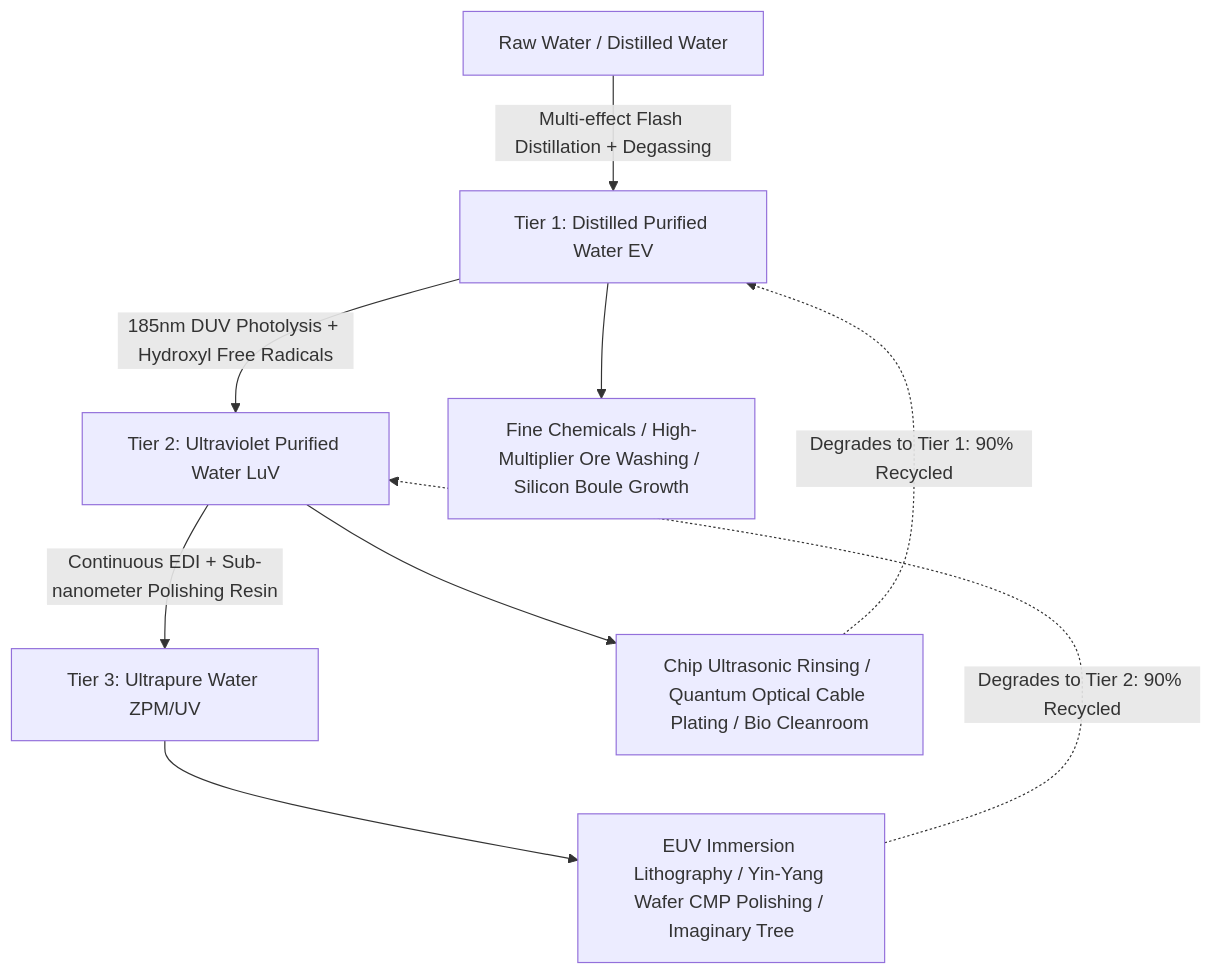
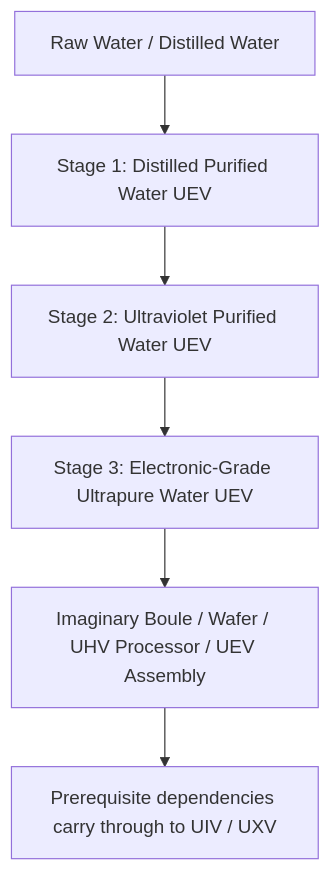
The diagram in docs/en/gtecore/water-purification-system.md (takanashisatou/GregtechEasy-Docs), drawn with Mermaid before and after one commit. The commit also changed other lines of this file and 3 other files, not shown here.

Commit message:
docs: describe the UEV imaginary circuit production chain

````diff
--- a/docs/en/gtecore/water-purification-system.md
+++ b/docs/en/gtecore/water-purification-system.md
@@ -17,13 +15,8 @@
 ```mermaid
 graph TD
-    A[Raw Water / Distilled Water] -->|Multi-effect Flash Distillation + Degassing| B[Tier 1: Distilled Purified Water EV]
-    B -->|185nm DUV Photolysis + Hydroxyl Free Radicals| C[Tier 2: Ultraviolet Purified Water LuV]
-    C -->|Continuous EDI + Sub-nanometer Polishing Resin| D[Tier 3: Ultrapure Water ZPM/UV]
-    
-    B --> E[Fine Chemicals / High-Multiplier Ore Washing / Silicon Boule Growth]
-    C --> F[Chip Ultrasonic Rinsing / Quantum Optical Cable Plating / Bio Cleanroom]
-    D --> G[EUV Immersion Lithography / Yin-Yang Wafer CMP Polishing / Imaginary Tree]
-    
-    F -.->|Degrades to Tier 1: 90% Recycled| B
-    G -.->|Degrades to Tier 2: 90% Recycled| C
+    A[Raw Water / Distilled Water] --> B[Stage 1: Distilled Purified Water UEV]
+    B --> C[Stage 2: Ultraviolet Purified Water UEV]
+    C --> D[Stage 3: Electronic-Grade Ultrapure Water UEV]
+    D --> E[Imaginary Boule / Wafer / UHV Processor / UEV Assembly]
+    E --> F[Prerequisite dependencies carry through to UIV / UXV]
 ```
````
